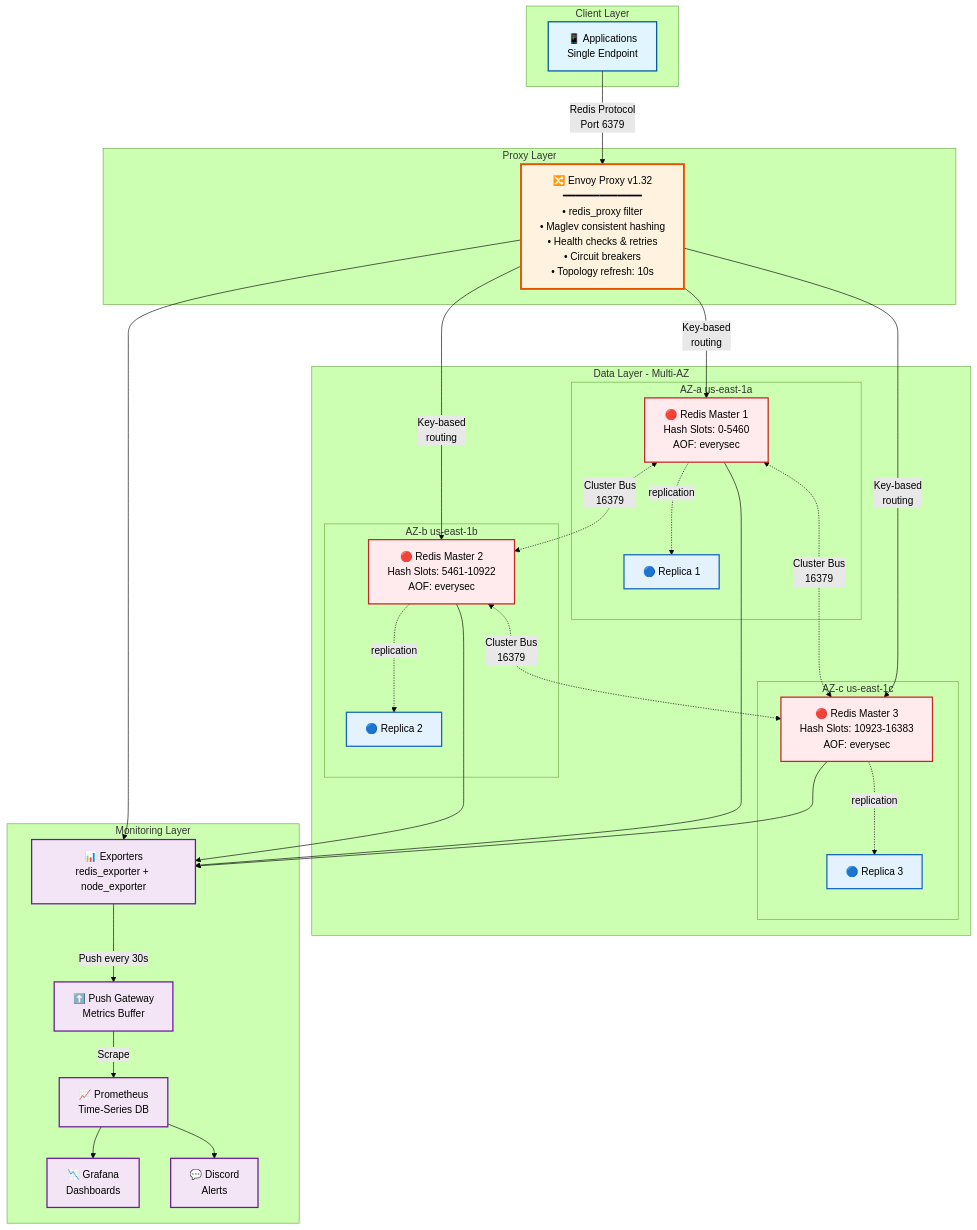
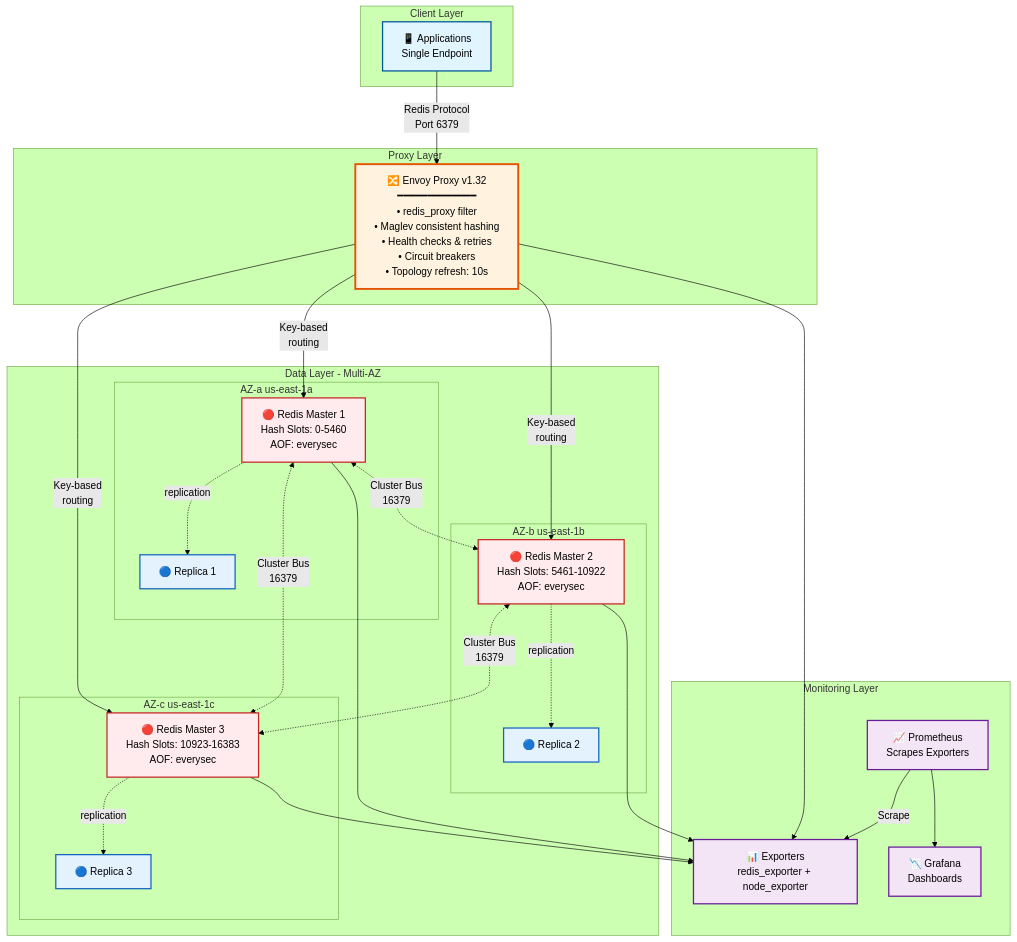
One commit to siyamsarker/RedisForge changed the diagram in README.md. Above: the diagram before and after it, drawn with Mermaid (forest theme). The commit also changed other lines of this file and 21 other files, not shown here.

````diff
--- a/README.md
+++ b/README.md
@@ -106,69 +106,65 @@
 ```mermaid
 graph TB
     subgraph "Client Layer"
         Apps[📱 Applications<br/>Single Endpoint]
     end
     
     subgraph "Proxy Layer"
         Envoy[🔀 Envoy Proxy v1.32<br/>━━━━━━━━━━━━━<br/>• redis_proxy filter<br/>• Maglev consistent hashing<br/>• Health checks & retries<br/>• Circuit breakers<br/>• Topology refresh: 10s]
     end
     
     subgraph "Data Layer - Multi-AZ"
         subgraph "AZ-a us-east-1a"
             M1[🔴 Redis Master 1<br/>Hash Slots: 0-5460<br/>AOF: everysec]
             R1[🔵 Replica 1]
             M1 -.->|replication| R1
         end
         
         subgraph "AZ-b us-east-1b"
             M2[🔴 Redis Master 2<br/>Hash Slots: 5461-10922<br/>AOF: everysec]
             R2[🔵 Replica 2]
             M2 -.->|replication| R2
         end
         
         subgraph "AZ-c us-east-1c"
             M3[🔴 Redis Master 3<br/>Hash Slots: 10923-16383<br/>AOF: everysec]
             R3[🔵 Replica 3]
             M3 -.->|replication| R3
         end
     end
     
     subgraph "Monitoring Layer"
         Exporters[📊 Exporters<br/>redis_exporter + node_exporter]
-        PushGW[⬆️ Push Gateway<br/>Metrics Buffer]
-        Prom[📈 Prometheus<br/>Time-Series DB]
+        Prom[📈 Prometheus<br/>Scrapes Exporters]
         Grafana[📉 Grafana<br/>Dashboards]
-        Discord[💬 Discord<br/>Alerts]
     end
     
     Apps -->|Redis Protocol<br/>Port 6379| Envoy
     Envoy -->|Key-based<br/>routing| M1
     Envoy -->|Key-based<br/>routing| M2
     Envoy -->|Key-based<br/>routing| M3
     
     M1 <-.->|Cluster Bus<br/>16379| M2
     M2 <-.->|Cluster Bus<br/>16379| M3
     M3 <-.->|Cluster Bus<br/>16379| M1
     
     M1 --> Exporters
     M2 --> Exporters
     M3 --> Exporters
     Envoy --> Exporters
     
-    Exporters -->|Push every 30s| PushGW
-    PushGW -->|Scrape| Prom
+    Prom -->|Scrape| Exporters
     Prom --> Grafana
-    Prom --> Discord
     
     classDef apps fill:#e1f5ff,stroke:#01579b,stroke-width:2px
     classDef proxy fill:#fff3e0,stroke:#e65100,stroke-width:3px
     classDef master fill:#ffebee,stroke:#c62828,stroke-width:2px
     classDef replica fill:#e3f2fd,stroke:#1565c0,stroke-width:2px
     classDef monitor fill:#f3e5f5,stroke:#6a1b9a,stroke-width:2px
     
     class Apps apps
     class Envoy proxy
     class M1,M2,M3 master
     class R1,R2,R3 replica
-    class Exporters,PushGW,Prom,Grafana,Discord monitor
+    class Exporters,Prom,Grafana monitor
 ```
````
